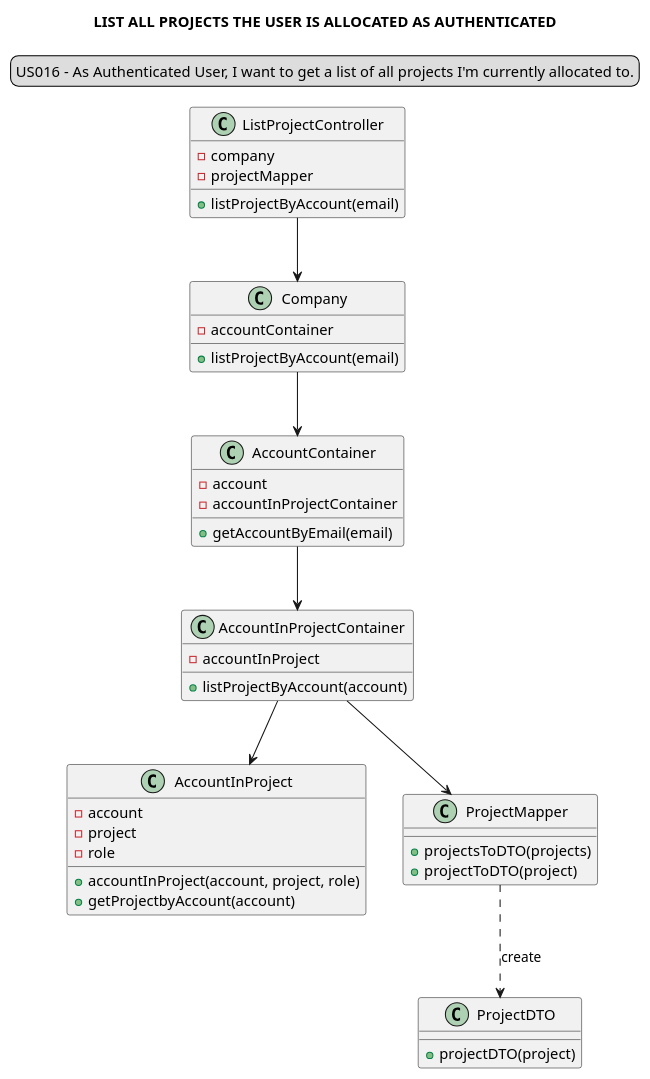
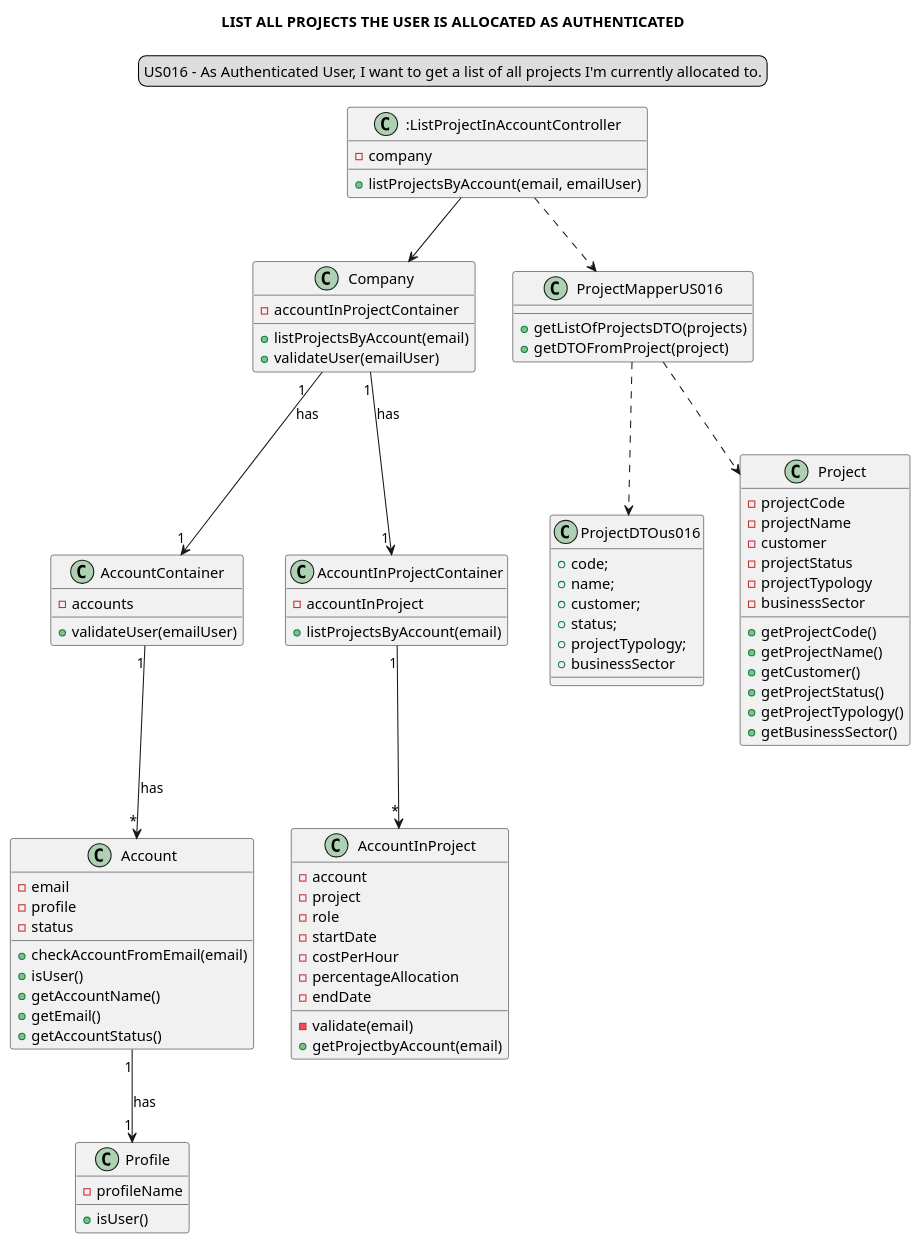
The diagram in docs/modelling_design/user_stories/sprint02/us016/US016_classDiagram.puml (Loracline/project_switch_22-23), drawn with PlantUML before and after one commit. The commit also changed 2 other files, not shown here.

Commit message:
US016:Design: Class Diagram and Sequence Diagram Refinement;

```diff
--- a/docs/modelling_design/user_stories/sprint02/us016/US016_classDiagram.puml
+++ b/docs/modelling_design/user_stories/sprint02/us016/US016_classDiagram.puml
@@ -1,55 +1,99 @@
 @startuml
 'https://plantuml.com/sequence-diagram
 
 legend top
 US016 - As Authenticated User, I want to get a list of all projects I'm currently allocated to.
 end legend
 skinparam sequenceMessageAlign center
 title LIST ALL PROJECTS THE USER IS ALLOCATED AS AUTHENTICATED
 
-class "ListProjectController" {
+class ":ListProjectInAccountController" {
 - company
-- projectMapper
-+ listProjectByAccount(email)
++ listProjectsByAccount(email, emailUser)
 }
 class "Company" {
-- accountContainer
-+ listProjectByAccount(email)
+- accountInProjectContainer
++ listProjectsByAccount(email)
++validateUser(emailUser)
 }
-class "AccountContainer"{
-- account
-- accountInProjectContainer
-+ getAccountByEmail(email)
 
+class "AccountContainer" {
+-accounts
++validateUser(emailUser)
 }
+
+class "Account" {
+-email
+-profile
+-status
++checkAccountFromEmail(email)
++isUser()
++getAccountName()
++getEmail()
++getAccountStatus()
+}
+
+class "Profile"{
+-profileName
++isUser()
+}
+
+
 class "AccountInProjectContainer"{
 - accountInProject
-+ listProjectByAccount(account)
++ listProjectsByAccount(email)
 }
 
 class "AccountInProject"{
-- account
-- project
+-account
+-project
 -role
-+ accountInProject(account, project, role)
-+ getProjectbyAccount(account)
+-startDate
+-costPerHour
+-percentageAllocation
+-endDate
+-validate(email)
++ getProjectbyAccount(email)
 }
 
-class "ProjectMapper"{
-+projectsToDTO(projects)
-+projectToDTO(project)
+class "ProjectMapperUS016"{
++getListOfProjectsDTO(projects)
++getDTOFromProject(project)
 }
 
-class "ProjectDTO"{
-+projectDTO(project)
+class "ProjectDTOus016"{
++code;
++name;
++customer;
++status;
++projectTypology;
++businessSector
 }
 
-"ListProjectController"-->"Company"
-"Company"-->"AccountContainer"
-"AccountContainer"--> "AccountInProjectContainer"
-"AccountInProjectContainer"--> "AccountInProject"
-"AccountInProjectContainer"--> "ProjectMapper"
-"ProjectMapper"..> "ProjectDTO" : create
+class "Project"{
+-projectCode
+-projectName
+-customer
+-projectStatus
+-projectTypology
+-businessSector
++getProjectCode()
++getProjectName()
++getCustomer()
++getProjectStatus()
++getProjectTypology()
++getBusinessSector()
+}
+"ProjectMapperUS016" ..> "Project"
+":ListProjectInAccountController"-->"Company"
+"Company" "1"--> "     1""AccountInProjectContainer": has
+"Company" "1   " --> "     1" "AccountContainer": has
+"AccountInProjectContainer" "1"--> "*" "AccountInProject"
+"AccountContainer" "1" --> "*" "Account": has
+"Account" "1" --> "1""Profile": has
+":ListProjectInAccountController"..> "ProjectMapperUS016"
+"ProjectMapperUS016"..> "ProjectDTOus016"
+
 
 
 @enduml
```
